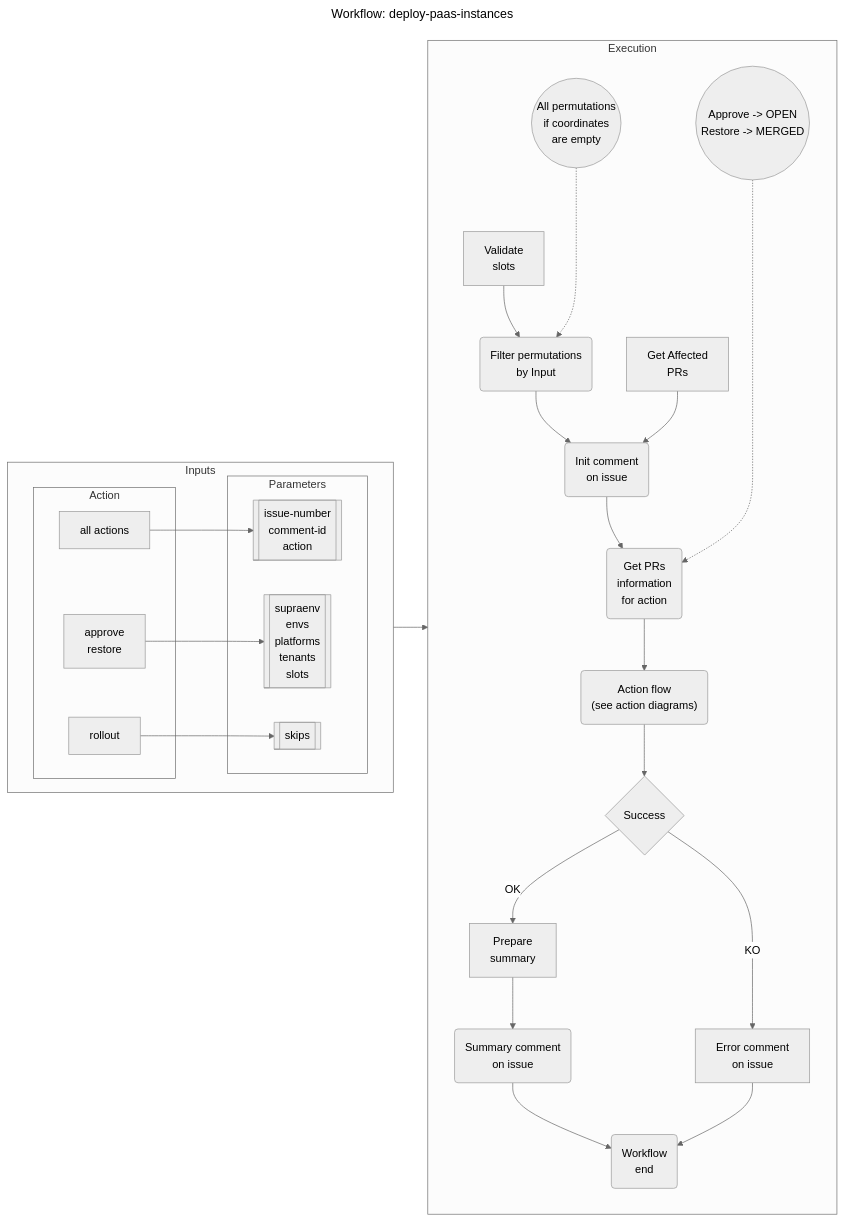
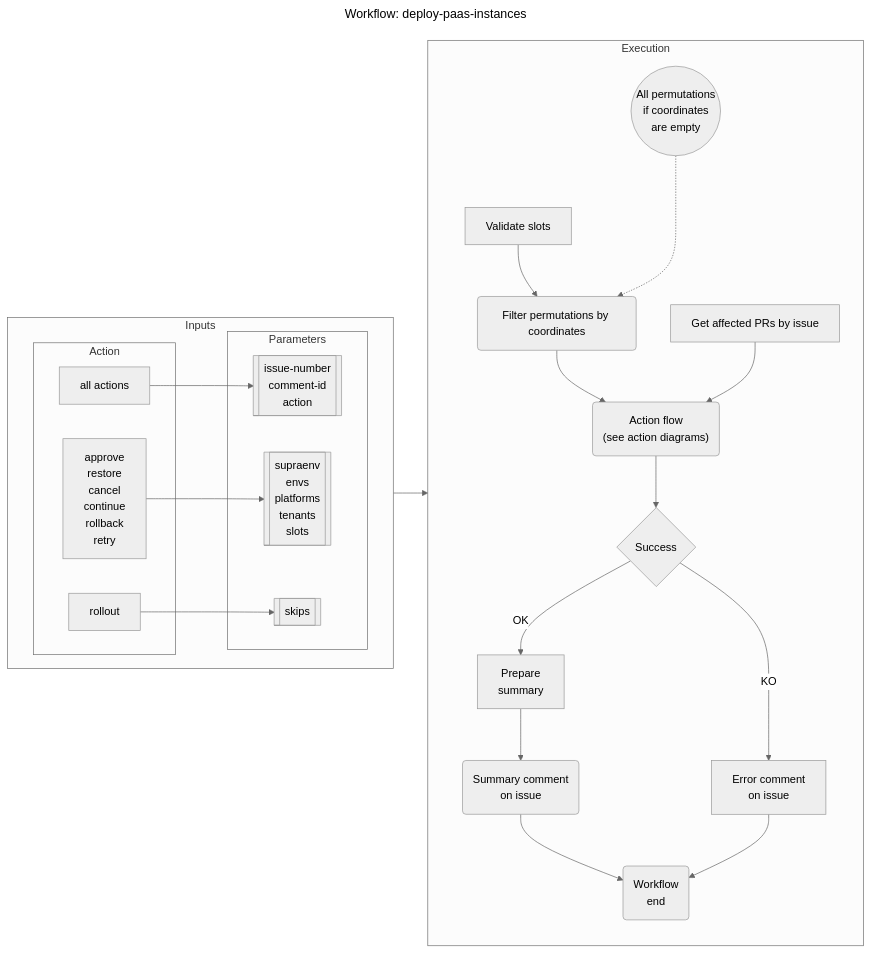
One commit to mikybars/sandbox changed the first of 3 diagrams in .github/workflows/docs/paas-deploy_instances.md. Above: the diagram before and after it, drawn with Mermaid (neutral theme). The commit also changed other lines of this file and 9 other files, not shown here.

```diff
--- a/.github/workflows/docs/paas-deploy_instances.md
+++ b/.github/workflows/docs/paas-deploy_instances.md
@@ -21,35 +21,23 @@
 flowchart LR
     subgraph Execution
         direction TB
-        A --> B --> D
-        C --> D --> E --> F --> G
+        A --> B --> F
+        C --> F --> G
         G --> |OK| H
         G --> |KO| I
         H --> J --> K
         I --> K
         L -..-> B
-        M -....-> E
+
         A["
-            Validate
-            slots
+            Validate slots
         "]
         B("
-            Filter permutations
-            by Input
+            Filter permutations by coordinates
         ")
         C["
-            Get Affected
-            PRs
+            Get affected PRs by issue
         "]
-        D("
-            Init comment
-            on issue
-        ")
-        E("
-            Get PRs
-            information
-            for action
-        ")
         F("
             Action flow
             (see action diagrams)
@@ -76,10 +64,6 @@
             if coordinates
             are empty
         "))
-        M(("
-            Approve -> OPEN
-            Restore -> MERGED
-        "))
     end
 
     subgraph Inputs
@@ -91,7 +75,11 @@
             newline1["all actions"]
             newline2["
                 approve
-            restore
+                restore
+                cancel
+                continue
+                rollback
+                retry
             "]
             rollout
         end
```
